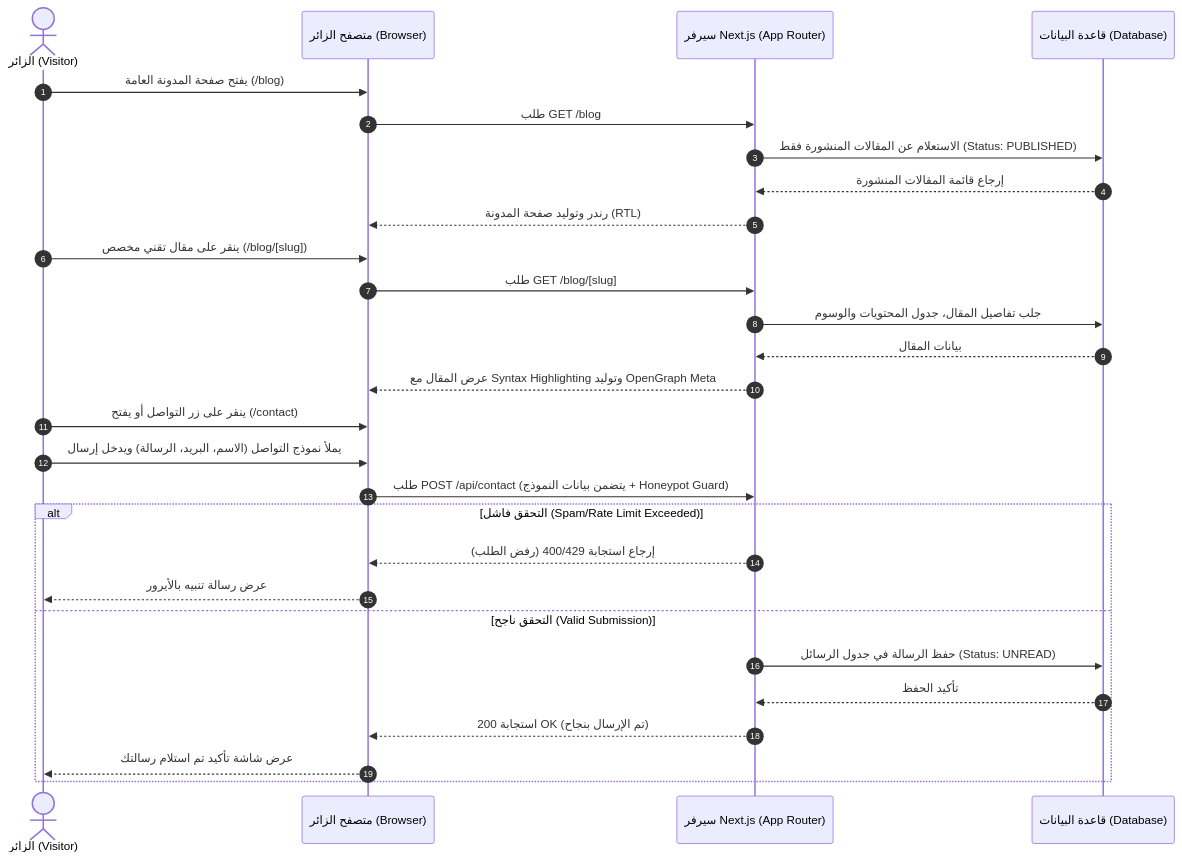
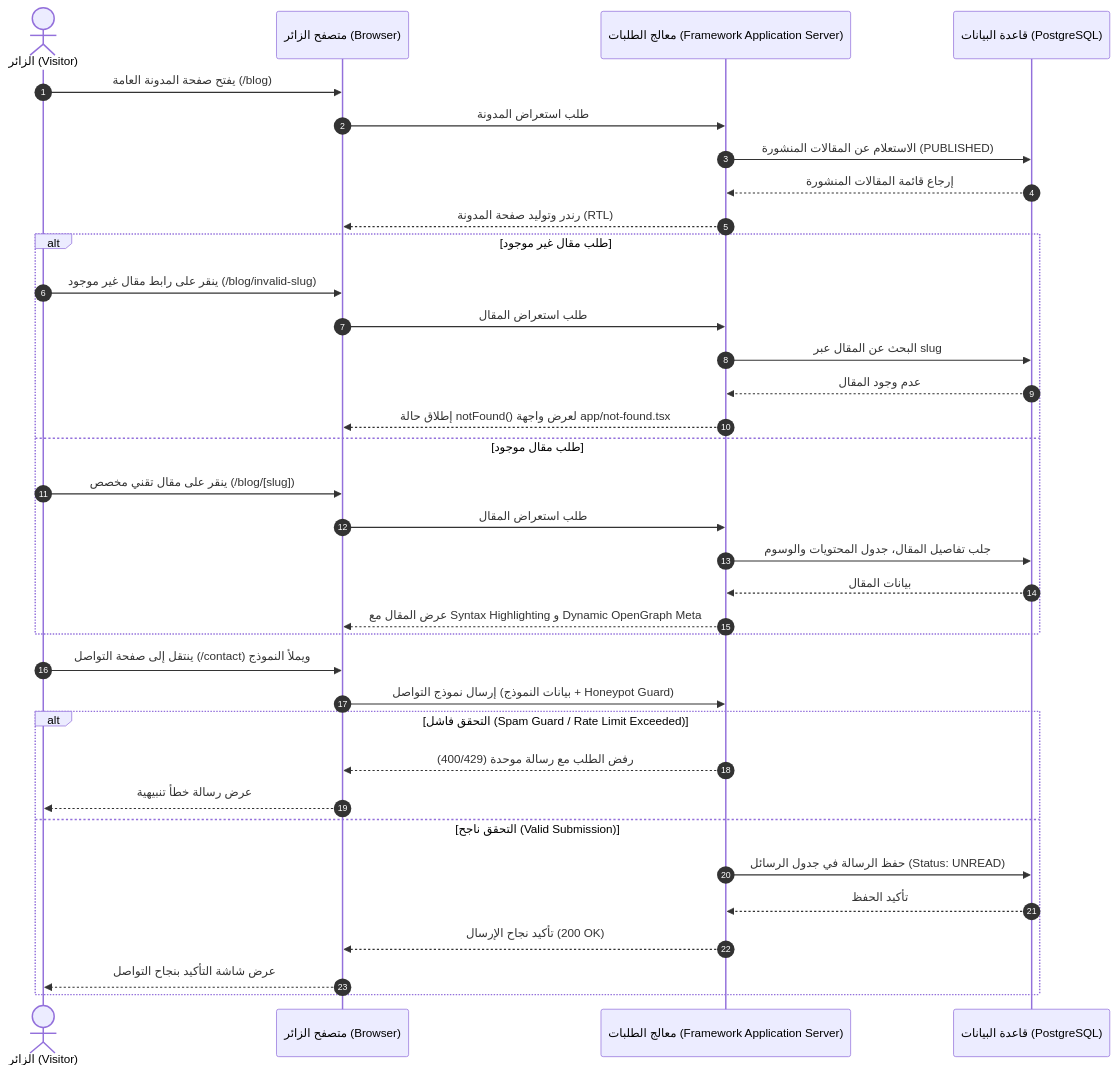
The first of 3 diagrams in docs/requirements/USER-FLOWS.md (Eissaali11/maywebeissa), drawn with Mermaid before and after one commit. The commit also changed other lines of this file and 2 other files, not shown here.

Commit message:
docs(req): apply COO review corrections to SRS, site map, and user flows

````diff
--- a/docs/requirements/USER-FLOWS.md
+++ b/docs/requirements/USER-FLOWS.md
@@ -11,31 +11,40 @@
 ```mermaid
 sequenceDiagram
     autonumber
     actor V as الزائر (Visitor)
     participant B as متصفح الزائر (Browser)
-    participant S as سيرفر Next.js (App Router)
-    participant DB as قاعدة البيانات (Database)
+    participant S as معالج الطلبات (Framework Application Server)
+    participant DB as قاعدة البيانات (PostgreSQL)
 
     V->>B: يفتح صفحة المدونة العامة (/blog)
-    B->>S: طلب GET /blog
-    S->>DB: الاستعلام عن المقالات المنشورة فقط (Status: PUBLISHED)
+    B->>S: طلب استعراض المدونة
+    S->>DB: الاستعلام عن المقالات المنشورة (PUBLISHED)
     DB-->>S: إرجاع قائمة المقالات المنشورة
     S-->>B: رندر وتوليد صفحة المدونة (RTL)
-    V->>B: ينقر على مقال تقني مخصص (/blog/[slug])
-    B->>S: طلب GET /blog/[slug]
-    S->>DB: جلب تفاصيل المقال، جدول المحتويات والوسوم
-    DB-->>S: بيانات المقال
-    S-->>B: عرض المقال مع Syntax Highlighting وتوليد OpenGraph Meta
-    V->>B: ينقر على زر التواصل أو يفتح (/contact)
-    V->>B: يملأ نموذج التواصل (الاسم، البريد، الرسالة) ويدخل إرسال
-    B->>S: طلب POST /api/contact (يتضمن بيانات النموذج + Honeypot Guard)
-    alt التحقق فاشل (Spam/Rate Limit Exceeded)
-        S-->>B: إرجاع استجابة 400/429 (رفض الطلب)
-        B-->>V: عرض رسالة تنبيه بالأيرور
+
+    alt طلب مقال غير موجود
+        V->>B: ينقر على رابط مقال غير موجود (/blog/invalid-slug)
+        B->>S: طلب استعراض المقال
+        S->>DB: البحث عن المقال عبر slug
+        DB-->>S: عدم وجود المقال
+        S-->>B: إطلاق حالة notFound() لعرض واجهة app/not-found.tsx
+    else طلب مقال موجود
+        V->>B: ينقر على مقال تقني مخصص (/blog/[slug])
+        B->>S: طلب استعراض المقال
+        S->>DB: جلب تفاصيل المقال، جدول المحتويات والوسوم
+        DB-->>S: بيانات المقال
+        S-->>B: عرض المقال مع Syntax Highlighting و Dynamic OpenGraph Meta
+    end
+
+    V->>B: ينتقل إلى صفحة التواصل (/contact) ويملأ النموذج
+    B->>S: إرسال نموذج التواصل (بيانات النموذج + Honeypot Guard)
+    alt التحقق فاشل (Spam Guard / Rate Limit Exceeded)
+        S-->>B: رفض الطلب مع رسالة موحدة (400/429)
+        B-->>V: عرض رسالة خطأ تنبيهية
     else التحقق ناجح (Valid Submission)
         S->>DB: حفظ الرسالة في جدول الرسائل (Status: UNREAD)
         DB-->>S: تأكيد الحفظ
-        S-->>B: استجابة 200 OK (تم الإرسال بنجاح)
-        B-->>V: عرض شاشة تأكيد تم استلام رسالتك
+        S-->>B: تأكيد نجاح الإرسال (200 OK)
+        B-->>V: عرض شاشة التأكيد بنجاح التواصل
     end
 ```
````
